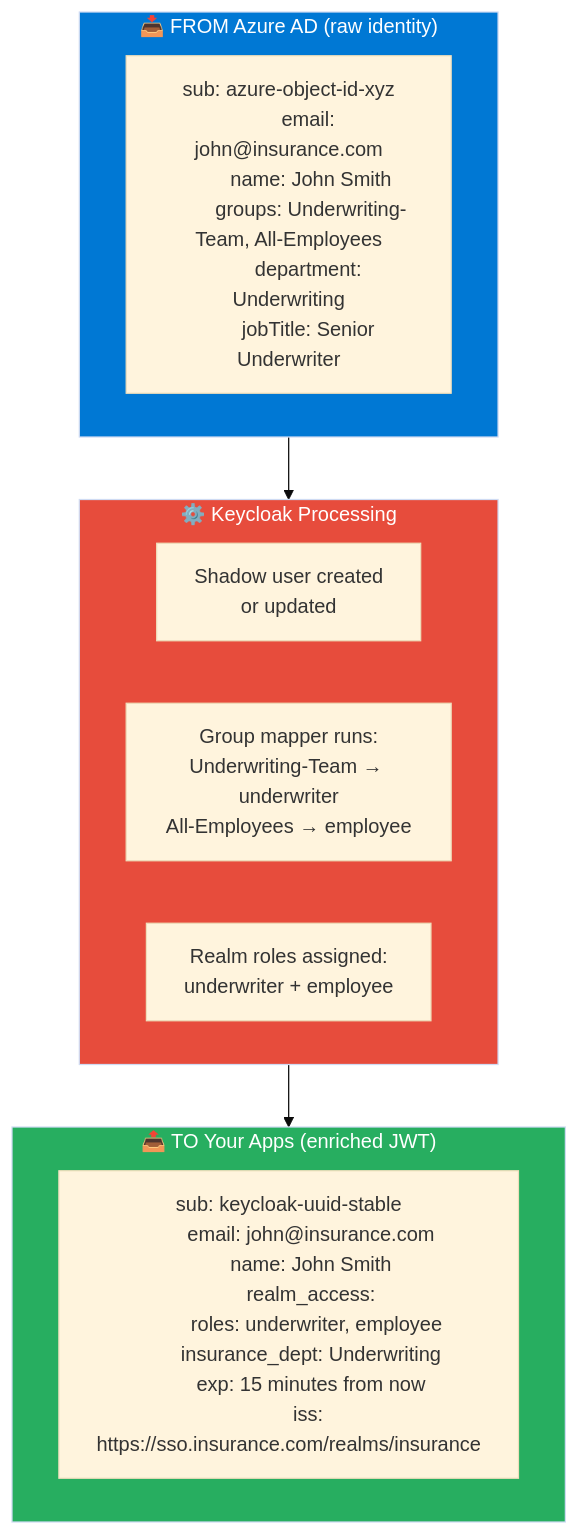
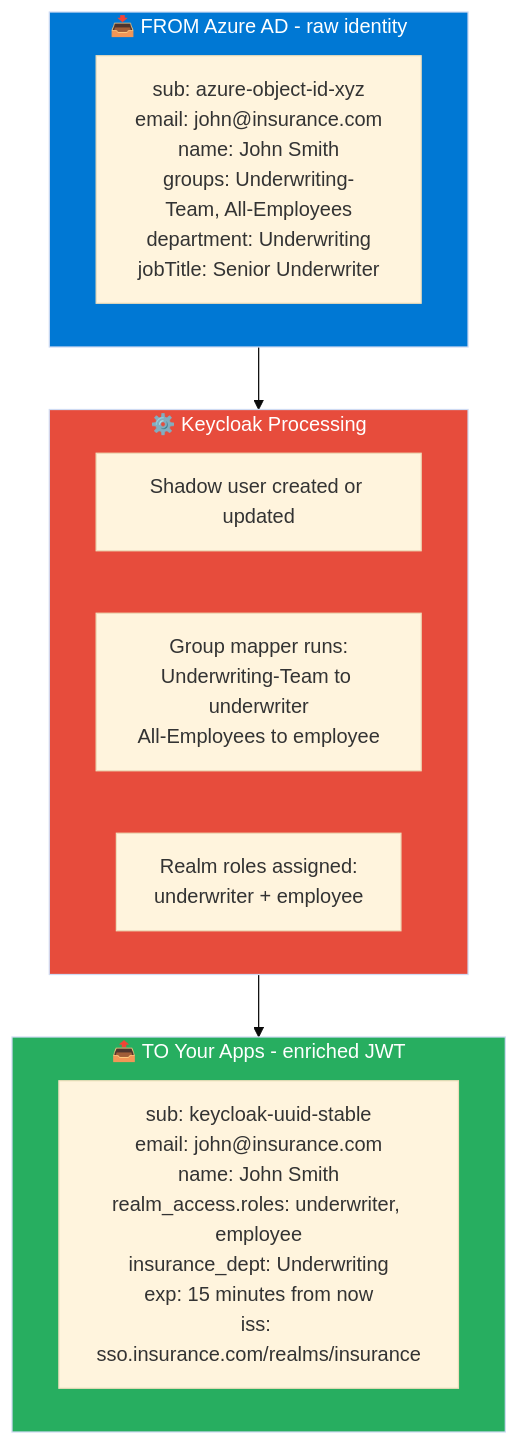
One commit to Mannokuruba/sso-keyclock changed the fifth of 21 diagrams in docs/INSURANCE-SSO-DESIGN.md. Above: the diagram before and after it, drawn with Mermaid (base theme). The commit also changed other lines of this file, not shown here.

Commit message:
fix: resolve Mermaid parse errors in insurance SSO diagrams

````diff
--- a/docs/INSURANCE-SSO-DESIGN.md
+++ b/docs/INSURANCE-SSO-DESIGN.md
@@ -234,35 +231,23 @@
 ```mermaid
 flowchart TD
-    subgraph IN["📥 FROM Azure AD (raw identity)"]
-        A["sub: azure-object-id-xyz
-        email: john@insurance.com
-        name: John Smith
-        groups: Underwriting-Team, All-Employees
-        department: Underwriting
-        jobTitle: Senior Underwriter"]
+    subgraph IN["📥 FROM Azure AD - raw identity"]
+        A["sub: azure-object-id-xyz<br/>email: john@insurance.com<br/>name: John Smith<br/>groups: Underwriting-Team, All-Employees<br/>department: Underwriting<br/>jobTitle: Senior Underwriter"]
     end
 
     subgraph PROC["⚙️ Keycloak Processing"]
-        B[Shadow user created\nor updated]
-        C[Group mapper runs:\nUnderwriting-Team → underwriter\nAll-Employees → employee]
-        D[Realm roles assigned:\nunderwriter + employee]
+        B["Shadow user created or updated"]
+        C["Group mapper runs:<br/>Underwriting-Team to underwriter<br/>All-Employees to employee"]
+        D["Realm roles assigned:<br/>underwriter + employee"]
     end
 
-    subgraph OUT["📤 TO Your Apps (enriched JWT)"]
-        E["sub: keycloak-uuid-stable
-        email: john@insurance.com
-        name: John Smith
-        realm_access:
-          roles: underwriter, employee
-        insurance_dept: Underwriting
-        exp: 15 minutes from now
-        iss: https://sso.insurance.com/realms/insurance"]
+    subgraph OUT["📤 TO Your Apps - enriched JWT"]
+        E["sub: keycloak-uuid-stable<br/>email: john@insurance.com<br/>name: John Smith<br/>realm_access.roles: underwriter, employee<br/>insurance_dept: Underwriting<br/>exp: 15 minutes from now<br/>iss: sso.insurance.com/realms/insurance"]
     end
 
     IN --> PROC
     PROC --> OUT
 
     style IN fill:#0078d4,color:#fff
     style PROC fill:#e74c3c,color:#fff
     style OUT fill:#27ae60,color:#fff
 ```
````
